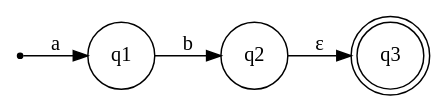
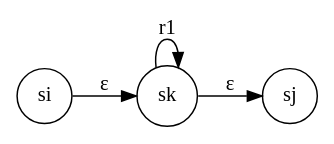
One commit to Euato-Key/COMPILER-EDU-FRONTEND changed the seventh of 7 diagrams in src/docs/markdown/fa/step2-nfa-construction.md. Above: the diagram before and after it, drawn with Graphviz. The commit also changed other lines of this file and 2 other files, not shown here.

````diff
--- a/src/docs/markdown/fa/step2-nfa-construction.md
+++ b/src/docs/markdown/fa/step2-nfa-construction.md
@@ -150,15 +360,12 @@
 ```dot
 digraph G {
     rankdir=LR;
     node [shape=circle];
-    
-    q0 [shape=point];
-    q1 [shape=circle];
-    q2 [shape=circle];
-    q3 [shape=doublecircle];
-    
-    q0 -> q1 [label="a"];
-    q1 -> q2 [label="b"];
-    q2 -> q3 [label="ε"];
+    si [label="si"];
+    sk [label="sk"];
+    sj [label="sj"];
+    si -> sk [label="ε"];
+    sk -> sk [label="r1"];
+    sk -> sj [label="ε"];
 }
 ```
````
